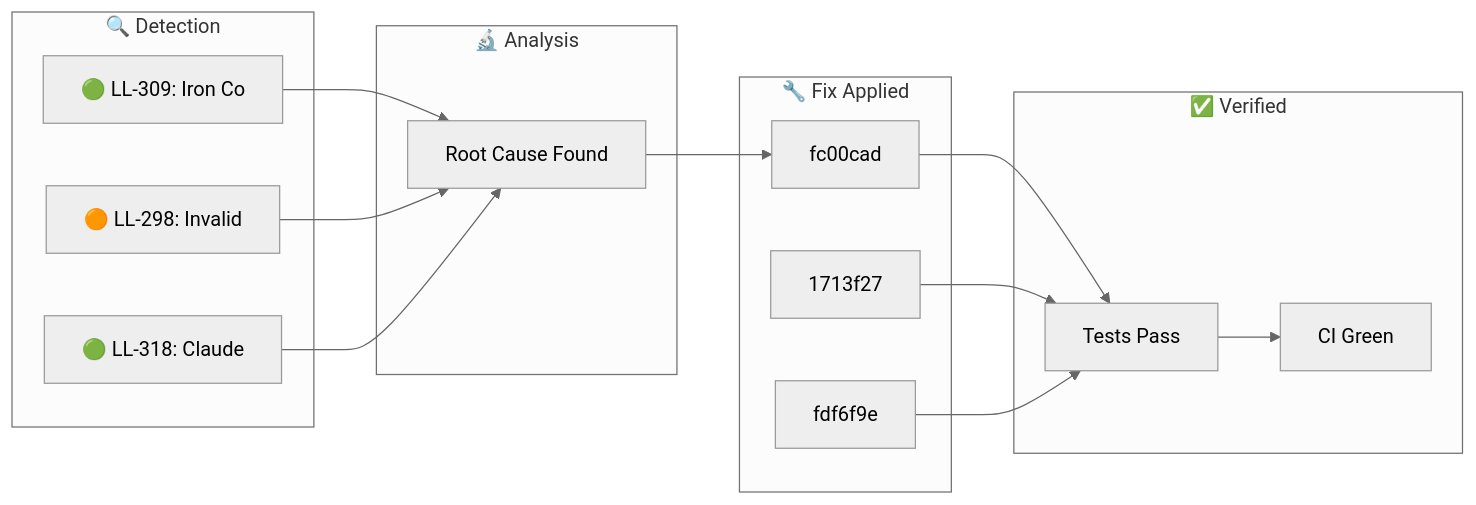
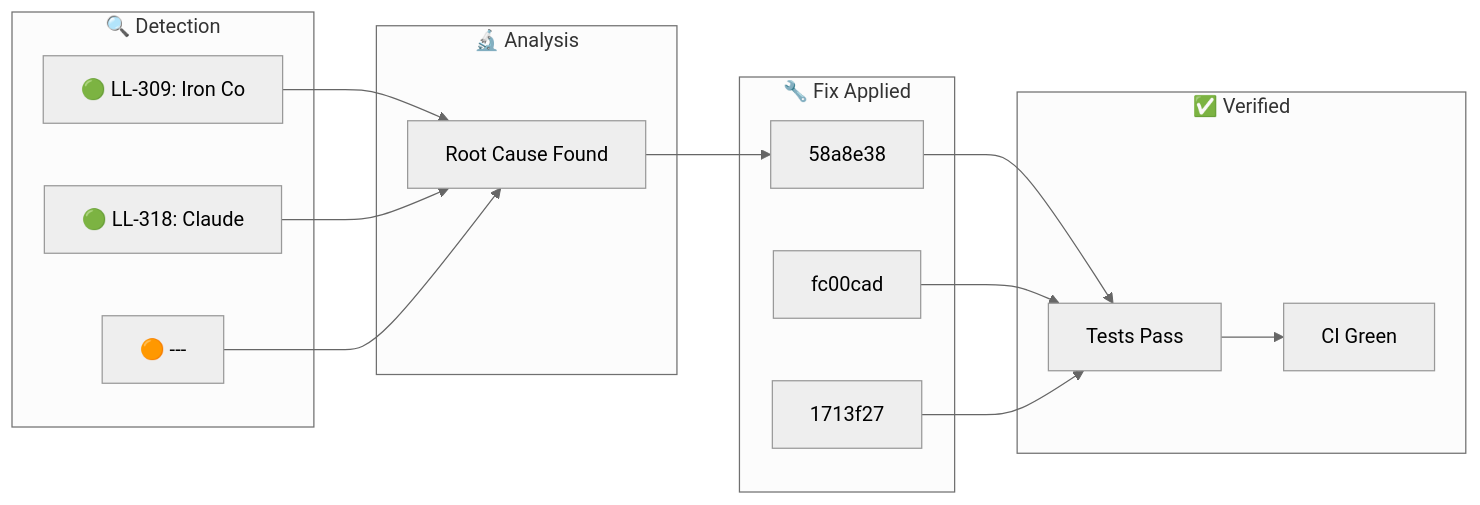
The diagram in docs/_posts/2026-01-28-ralph-discovery.md (YoByron/trading), drawn with Mermaid (neutral theme) before and after one commit. The commit also changed other lines of this file, not shown here.

````diff
--- a/docs/_posts/2026-01-28-ralph-discovery.md
+++ b/docs/_posts/2026-01-28-ralph-discovery.md
@@ -17,28 +17,28 @@
 ```mermaid
 flowchart LR
     subgraph Detection["🔍 Detection"]
         D1["🟢 LL-309: Iron Co"]
-        D2["🟠 LL-298: Invalid"]
-        D3["🟢 LL-318: Claude "]
+        D2["🟢 LL-318: Claude "]
+        D3["🟠 ---"]
     end
     subgraph Analysis["🔬 Analysis"]
         A1["Root Cause Found"]
     end
     subgraph Fix["🔧 Fix Applied"]
-        F1["fc00cad"]
-        F2["1713f27"]
-        F3["fdf6f9e"]
+        F1["58a8e38"]
+        F2["fc00cad"]
+        F3["1713f27"]
     end
     subgraph Verify["✅ Verified"]
         V1["Tests Pass"]
         V2["CI Green"]
     end
     D1 --> A1
     D2 --> A1
     D3 --> A1
     A1 --> F1
     F1 --> V1
     F2 --> V1
     F3 --> V1
     V1 --> V2
 ```
````
